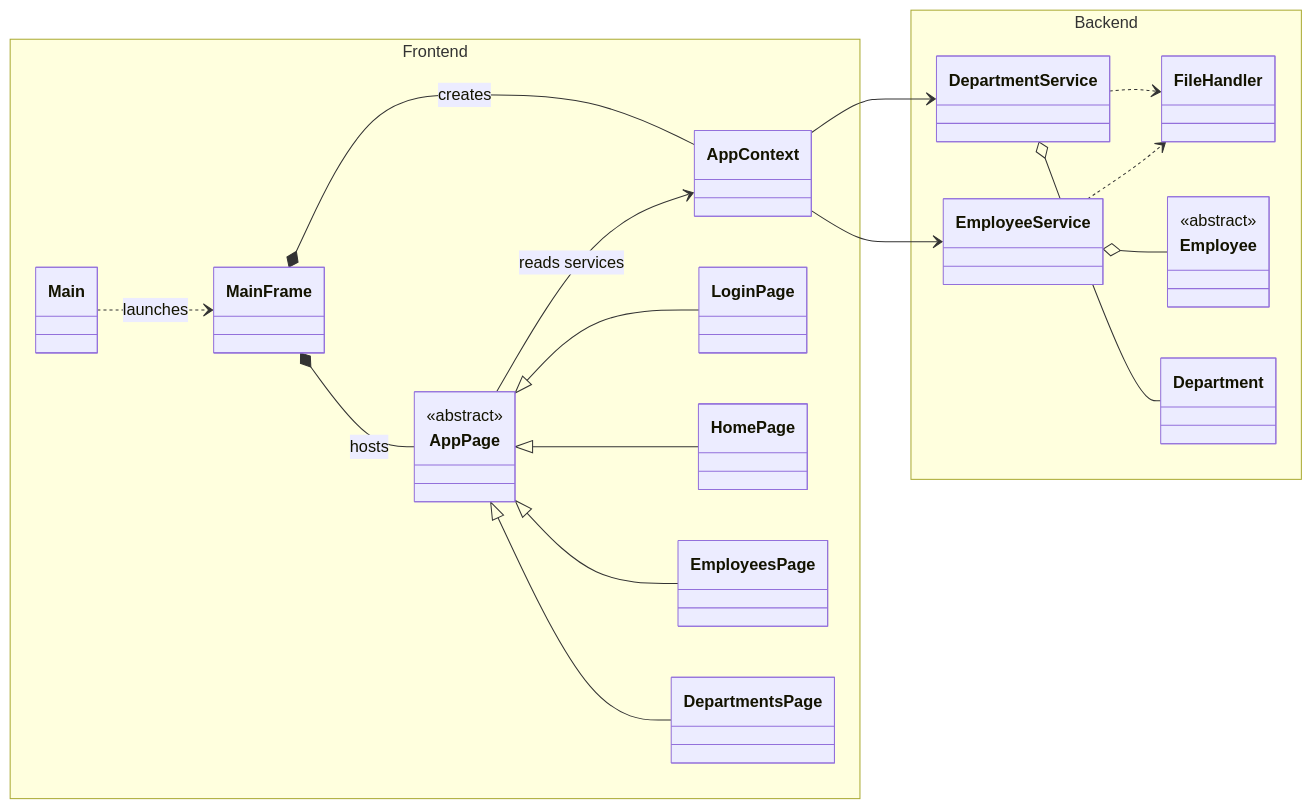
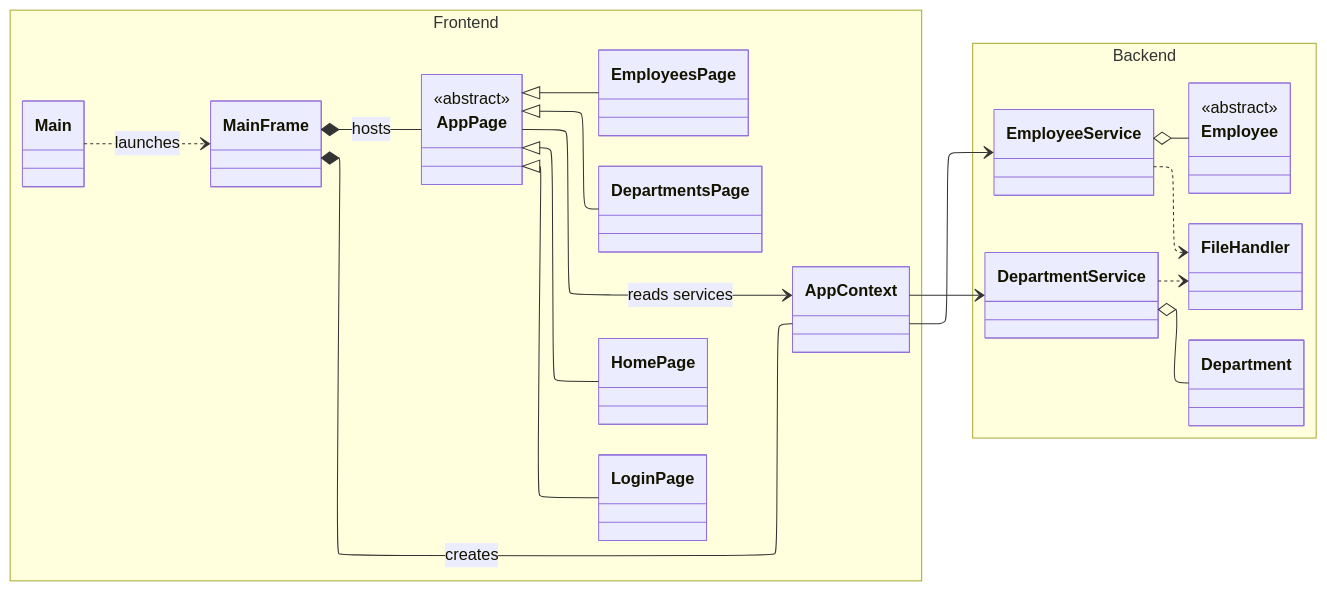
One commit to ZiedDev/programming2-project2 changed the second of 2 diagrams in UML Design/backend-class-diagram.md. Above: the diagram before and after it, drawn with Mermaid. The commit also changed other lines of this file and 1 other file, not shown here.

Commit message:
add orthogonal lines to frontend and backend diagrams

````diff
--- a/UML Design/backend-class-diagram.md
+++ b/UML Design/backend-class-diagram.md
@@ -165,43 +169,47 @@
 ```mermaid
+---
+config:
+  layout: elk
+---
 classDiagram
     direction LR
 
     namespace Frontend {
         class Main
         class MainFrame
         class AppContext
         class AppPage {
             <<abstract>>
         }
         class LoginPage
         class HomePage
         class EmployeesPage
         class DepartmentsPage
     }
 
     namespace Backend {
         class DepartmentService
         class EmployeeService
         class FileHandler
         class Employee {
             <<abstract>>
         }
         class Department
     }
 
     Main ..> MainFrame : launches
     MainFrame *-- AppContext : creates
     MainFrame *-- AppPage : hosts
     AppPage <|-- LoginPage
     AppPage <|-- HomePage
     AppPage <|-- EmployeesPage
     AppPage <|-- DepartmentsPage
     AppPage --> AppContext : reads services
 
     AppContext --> DepartmentService
     AppContext --> EmployeeService
     DepartmentService o-- Department
     EmployeeService o-- Employee
     DepartmentService ..> FileHandler
     EmployeeService ..> FileHandler
 ```
````
